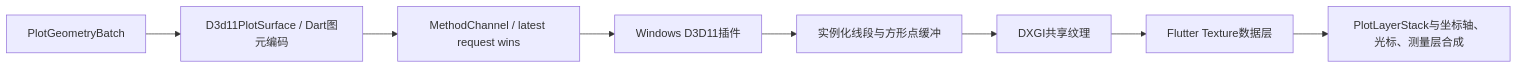
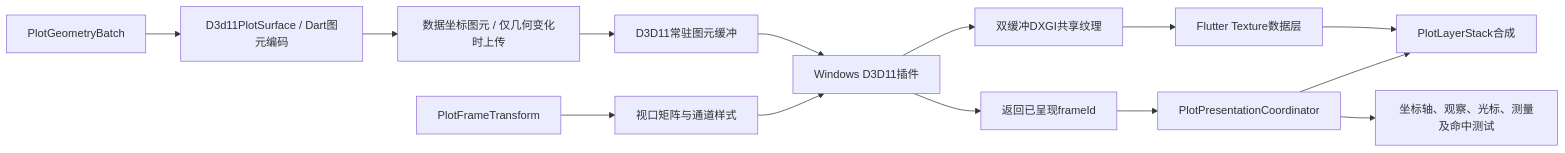
Before and after one commit to ZhiJuan0724/vscope_serial: the seventh of 7 diagrams in DEVELOPMENT.md, drawn with Mermaid. The commit also changed other lines of this file and 19 other files, not shown here.

````diff
--- a/DEVELOPMENT.md
+++ b/DEVELOPMENT.md
@@ -183,10 +185,16 @@
 ```mermaid
 flowchart LR
     batch["PlotGeometryBatch"] --> dart["D3d11PlotSurface / Dart图元编码"]
-    dart --> channel["MethodChannel / latest request wins"]
-    channel --> plugin["Windows D3D11插件"]
-    plugin --> buffer["实例化线段与方形点缓冲"]
-    buffer --> texture["DXGI共享纹理"]
+    dart --> upload["数据坐标图元 / 仅几何变化时上传"]
+    upload --> buffer["D3D11常驻图元缓冲"]
+    frame["PlotFrameTransform"] --> uniform["视口矩阵与通道样式"]
+    buffer --> plugin["Windows D3D11插件"]
+    uniform --> plugin
+    plugin --> texture["双缓冲DXGI共享纹理"]
     texture --> flutter["Flutter Texture数据层"]
-    flutter --> composite["PlotLayerStack与坐标轴、光标、测量层合成"]
+    plugin --> presented["返回已呈现frameId"]
+    presented --> coordinator["PlotPresentationCoordinator"]
+    flutter --> composite["PlotLayerStack合成"]
+    coordinator --> composite
+    coordinator --> overlay["坐标轴、观察、光标、测量及命中测试"]
 ```
````
